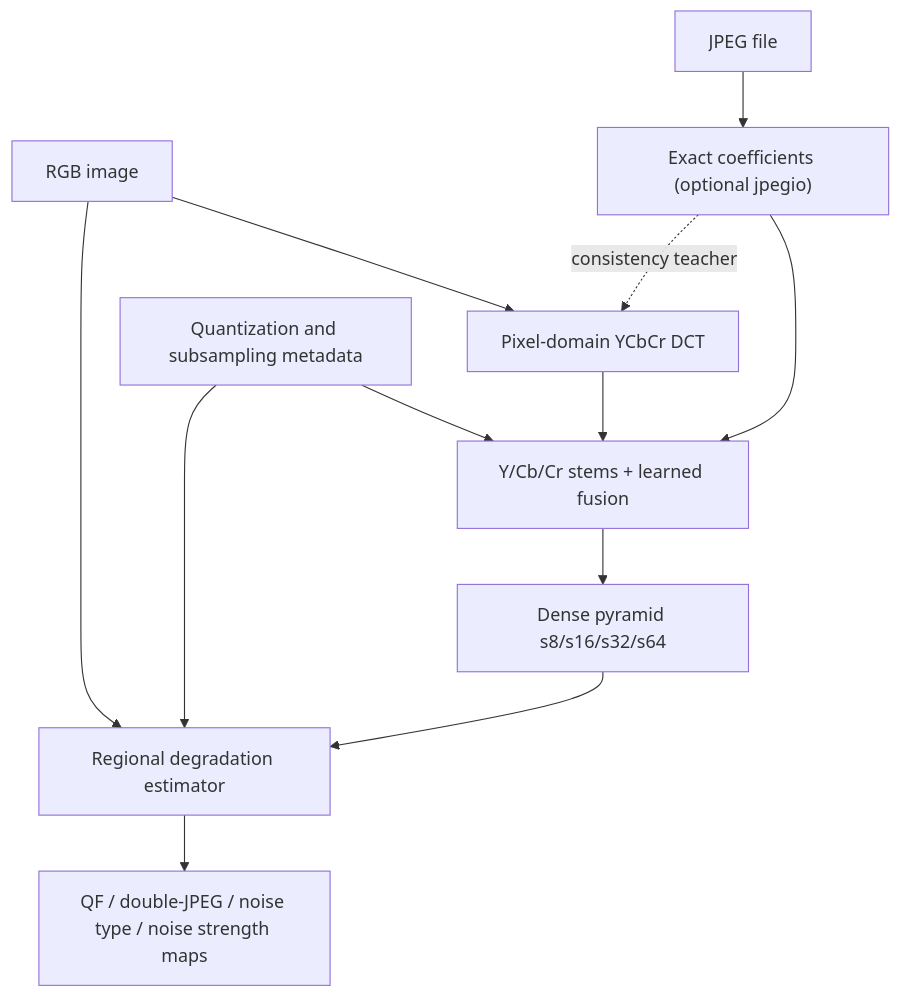
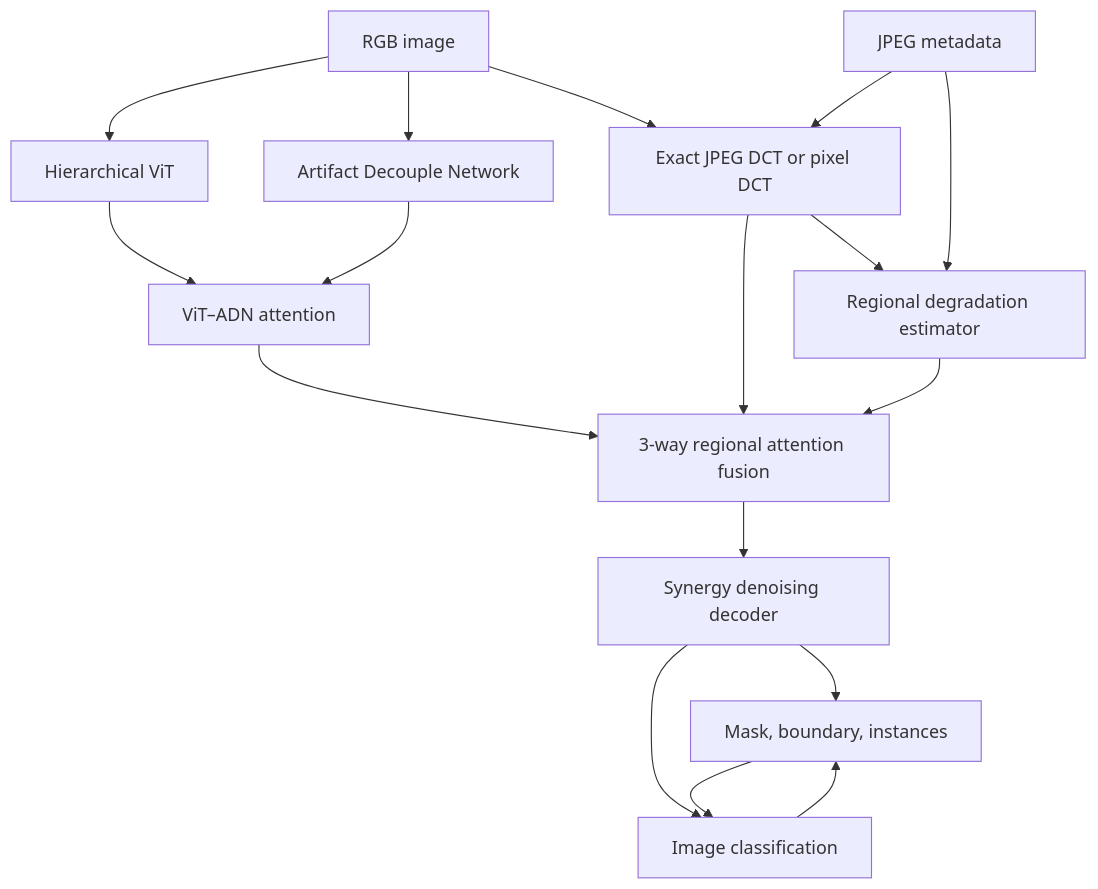
Before and after one commit to ib-hussain/DeepDocForgery: the diagram in README.md, drawn with Mermaid. The commit also changed other lines of this file and 95 other files, not shown here.

````diff
--- a/README.md
+++ b/README.md
@@ -31,14 +19,19 @@
 ```mermaid
-flowchart TD
-    RGB["RGB image"] --> PDCT["Pixel-domain YCbCr DCT"]
-    JPEG["JPEG file"] --> EDCT["Exact coefficients (optional jpegio)"]
-    META["Quantization and subsampling metadata"] --> DCT["Y/Cb/Cr stems + learned fusion"]
-    PDCT --> DCT
-    EDCT --> DCT
-    EDCT -. "consistency teacher" .-> PDCT
-    DCT --> PYR["Dense pyramid s8/s16/s32/s64"]
-    RGB --> DEG["Regional degradation estimator"]
+flowchart TB
+    RGB["RGB image"] --> VIT["Hierarchical ViT"]
+    RGB --> ADN["Artifact Decouple Network"]
+    RGB --> DCT["Exact JPEG DCT or pixel DCT"]
+    META["JPEG metadata"] --> DCT
+    DCT --> DEG["Regional degradation estimator"]
     META --> DEG
-    PYR --> DEG
-    DEG --> MAPS["QF / double-JPEG / noise type / noise strength maps"]
+    VIT --> SPATIAL["ViT–ADN attention"]
+    ADN --> SPATIAL
+    SPATIAL --> FUSION["3-way regional attention fusion"]
+    DCT --> FUSION
+    DEG --> FUSION
+    FUSION --> SDD["Synergy denoising decoder"]
+    SDD --> MASK["Mask, boundary, instances"]
+    SDD --> CLASS["Image classification"]
+    MASK --> CLASS
+    CLASS --> MASK
 ```
````
